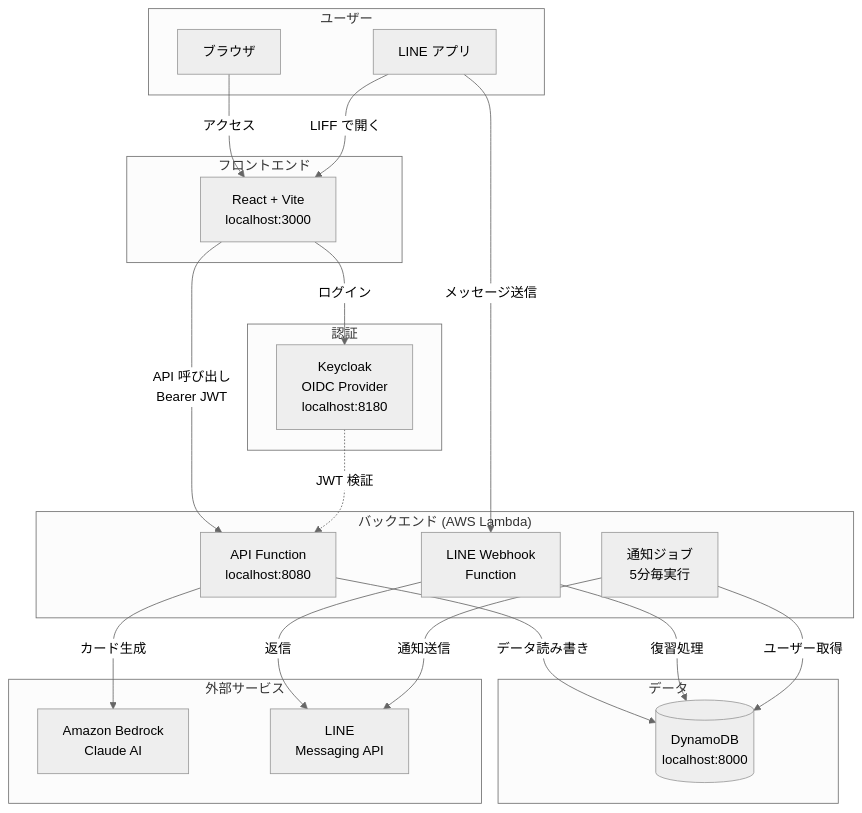
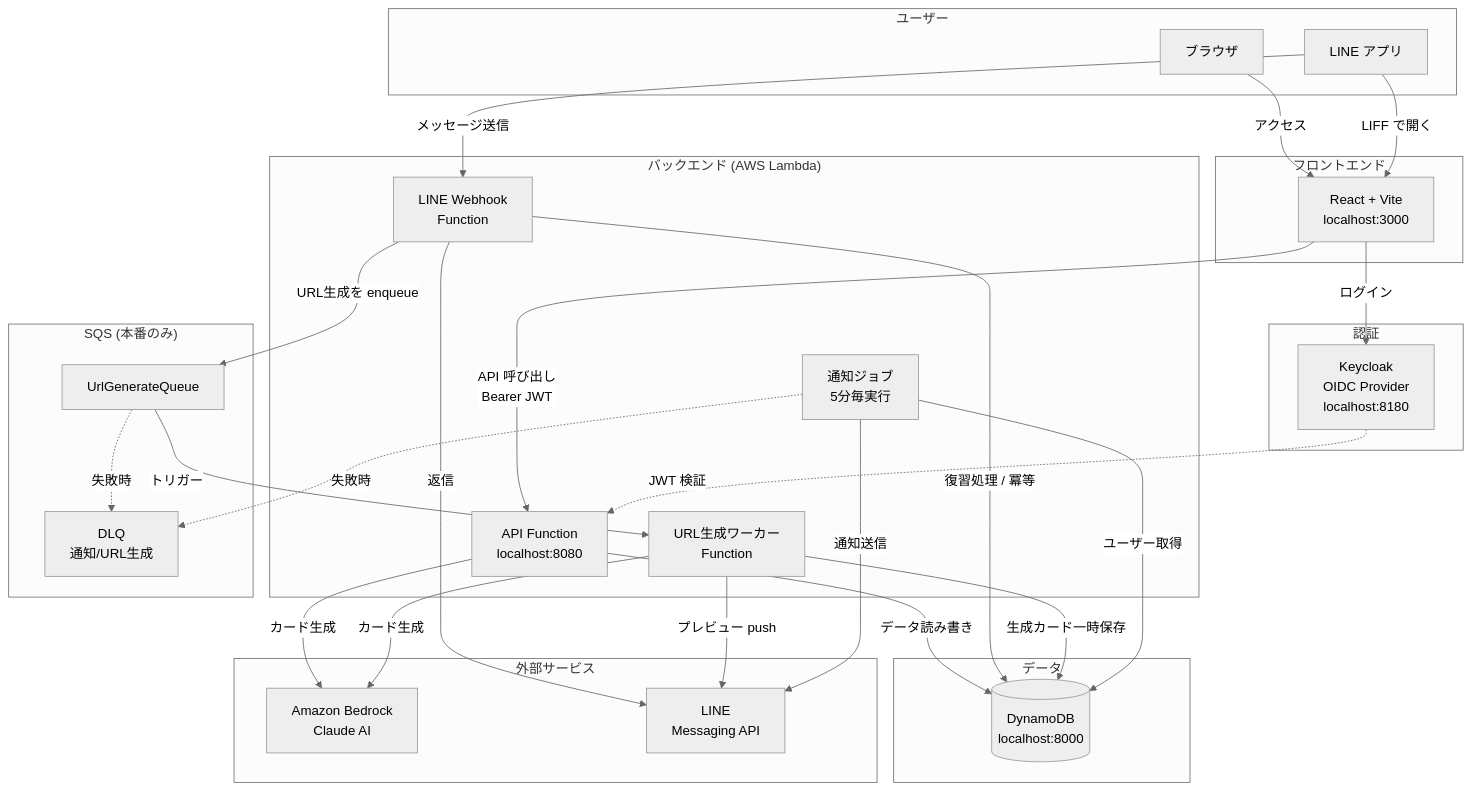
Before and after one commit to mozuq-lab/memoru-liff: the first of 11 diagrams in docs/system-overview.md, drawn with Mermaid (neutral theme). The commit also changed other lines of this file, not shown here.

````diff
--- a/docs/system-overview.md
+++ b/docs/system-overview.md
@@ -11,48 +11,61 @@
 ```mermaid
 graph TB
     subgraph ユーザー
         Browser[ブラウザ]
         LINE[LINE アプリ]
     end
 
     subgraph フロントエンド
         Vite[React + Vite<br/>localhost:3000]
     end
 
     subgraph 認証
         KC[Keycloak<br/>OIDC Provider<br/>localhost:8180]
     end
 
     subgraph バックエンド["バックエンド (AWS Lambda)"]
         API[API Function<br/>localhost:8080]
         Webhook[LINE Webhook<br/>Function]
+        Worker[URL生成ワーカー<br/>Function]
         Job[通知ジョブ<br/>5分毎実行]
+    end
+
+    subgraph キュー["SQS (本番のみ)"]
+        Queue[UrlGenerateQueue]
+        DLQ[DLQ<br/>通知/URL生成]
     end
 
     subgraph データ
         DDB[(DynamoDB<br/>localhost:8000)]
     end
 
     subgraph 外部サービス
         Bedrock[Amazon Bedrock<br/>Claude AI]
         LINEAPI[LINE<br/>Messaging API]
     end
 
     Browser -->|アクセス| Vite
     LINE -->|LIFF で開く| Vite
     LINE -->|メッセージ送信| Webhook
 
     Vite -->|ログイン| KC
     Vite -->|API 呼び出し<br/>Bearer JWT| API
 
     API -->|データ読み書き| DDB
     API -->|カード生成| Bedrock
 
-    Webhook -->|復習処理| DDB
+    Webhook -->|復習処理 / 冪等| DDB
     Webhook -->|返信| LINEAPI
+    Webhook -->|URL生成を enqueue| Queue
+    Queue -->|トリガー| Worker
+    Worker -->|カード生成| Bedrock
+    Worker -->|プレビュー push| LINEAPI
+    Worker -->|生成カード一時保存| DDB
+    Queue -.->|失敗時| DLQ
 
     Job -->|ユーザー取得| DDB
     Job -->|通知送信| LINEAPI
+    Job -.->|失敗時| DLQ
 
     KC -.->|JWT 検証| API
 ```
````
